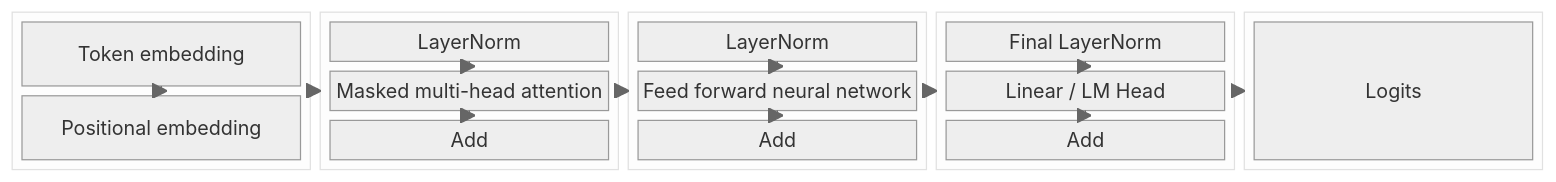
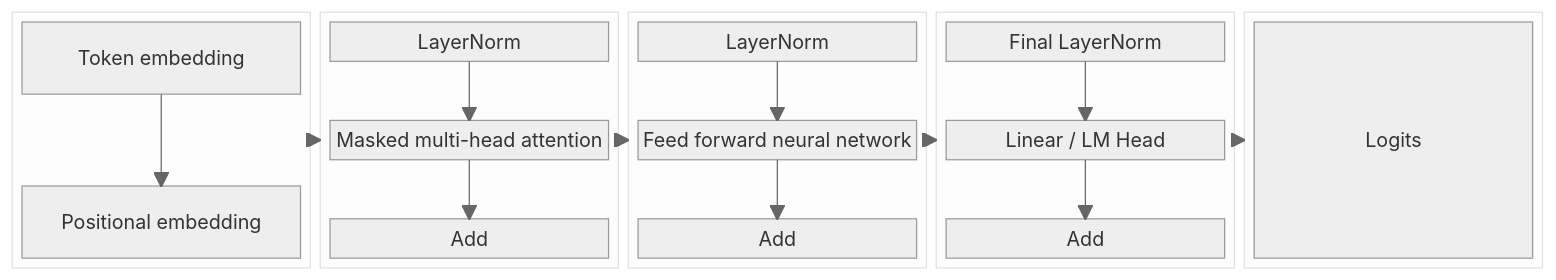
One commit to ChrisZhu2050/chriszhu2050.github.io changed diagram 19 of 19 in index.md. Above: the diagram before and after it, drawn with Mermaid (neutral theme).

````diff
--- a/index.md
+++ b/index.md
@@ -532,44 +532,44 @@
       ```mermaid
           block
           columns 5
           block:group1:1
             columns 1
-            a["Token embedding"]
+            a["Token embedding"] space
             b["Positional embedding"]
             
           end
           block:group2:1
             columns 1
-            c1["LayerNorm"]
-            c2["Masked multi-head attention"]
+            c1["LayerNorm"] space
+            c2["Masked multi-head attention"] space
             c3["Add"]
           end
           block:group3:1
             columns 1
-            d["LayerNorm"]
-            e["Feed forward neural network"]
+            d["LayerNorm"] space
+            e["Feed forward neural network"] space
             h["Add"]
           end
           block:group4:1
             columns 1
-            f["Final LayerNorm"]
-            g["Linear / LM Head"]
+            f["Final LayerNorm"] space
+            g["Linear / LM Head"] space
             g1["Add"]
           end
           block:group5:1
             columns 1
             Logits
           end
           a --> b
           c1 --> c2
           c2 --> c3
           d --> e
           e --> h
           f --> g
           g --> g1
           group1 --> group2
           group2 --> group3
           group3 --> group4
           group4 --> group5
 
       ```
````
